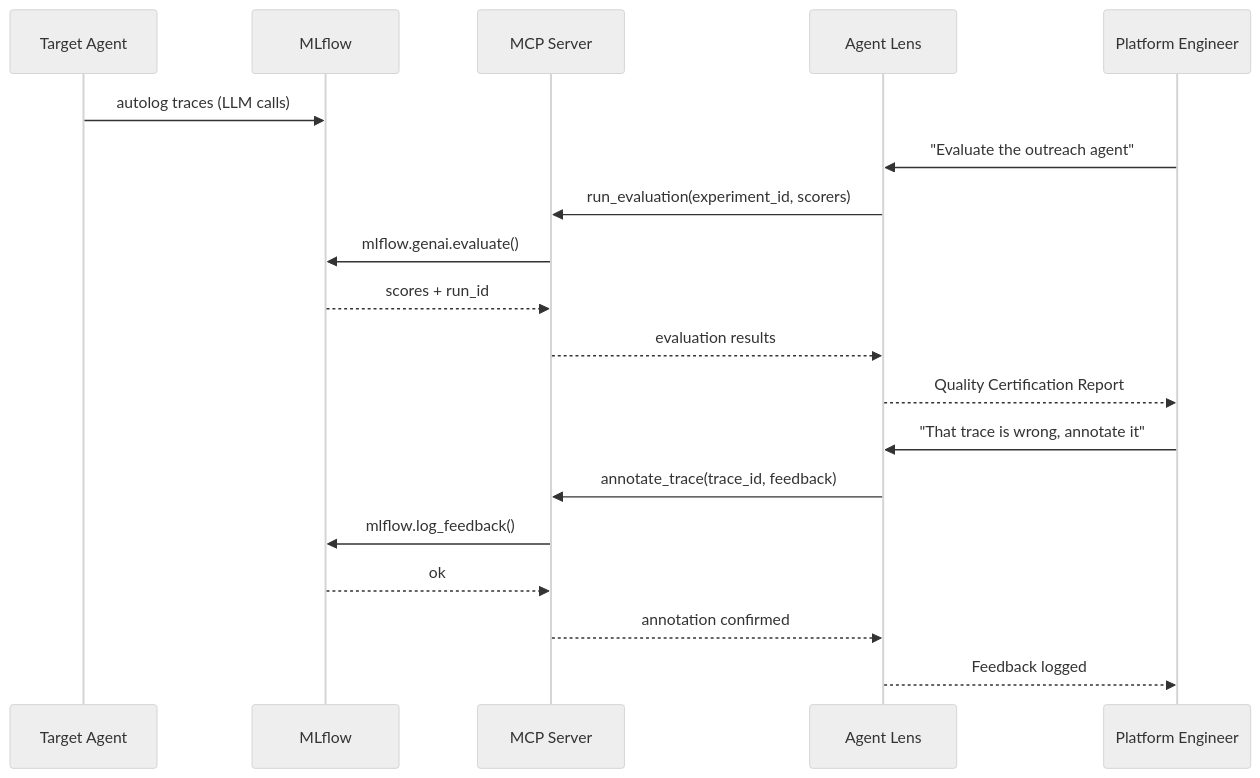
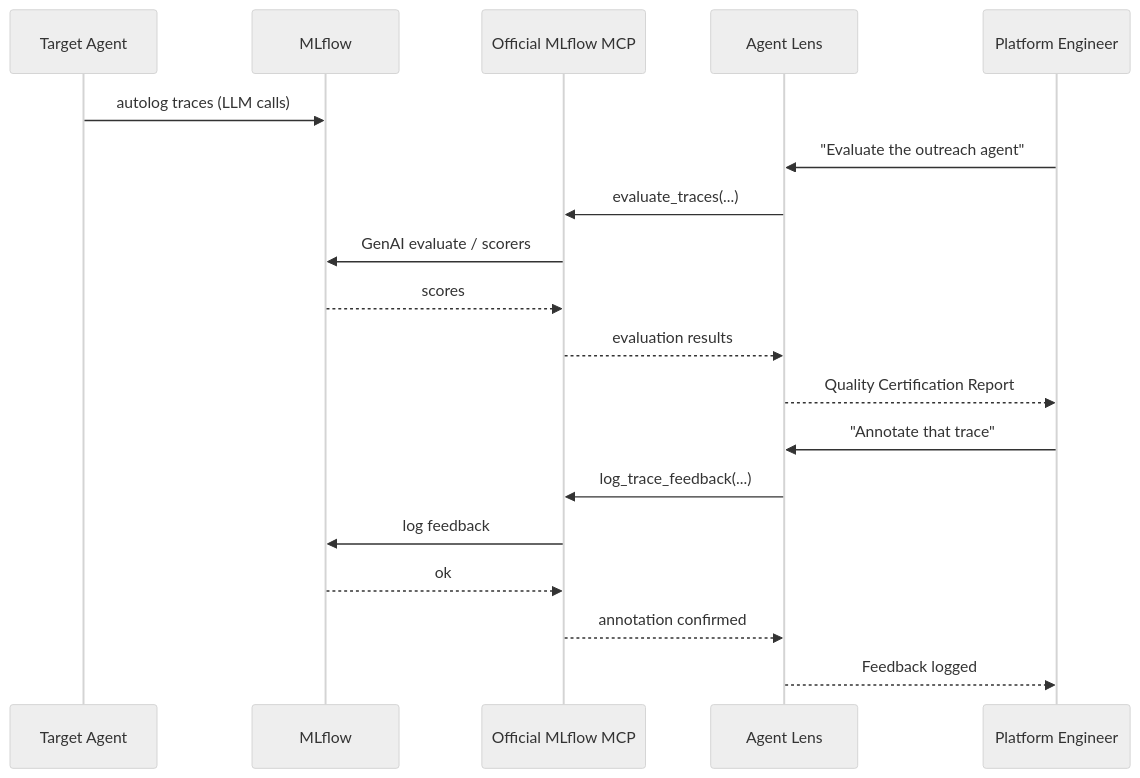
One commit to rrbanda/agent-lens changed the second of 4 diagrams in docs/architecture.md. Above: the diagram before and after it, drawn with Mermaid. The commit also changed other lines of this file and 35 other files, not shown here.

First line of the commit message:
chore: official MLflow MCP only — prune FastMCP and fix product messaging

````diff
--- a/docs/architecture.md
+++ b/docs/architecture.md
@@ -106,23 +87,23 @@
 ```mermaid
 %%{init: {'theme': 'neutral'}}%%
 sequenceDiagram
     participant T as Target Agent
     participant ML as MLflow
-    participant MCP as MCP Server
+    participant MCP as Official MLflow MCP
     participant AL as Agent Lens
     participant U as Platform Engineer
 
     T->>ML: autolog traces (LLM calls)
     U->>AL: "Evaluate the outreach agent"
-    AL->>MCP: run_evaluation(experiment_id, scorers)
-    MCP->>ML: mlflow.genai.evaluate()
-    ML-->>MCP: scores + run_id
+    AL->>MCP: evaluate_traces(...)
+    MCP->>ML: GenAI evaluate / scorers
+    ML-->>MCP: scores
     MCP-->>AL: evaluation results
     AL-->>U: Quality Certification Report
-    U->>AL: "That trace is wrong, annotate it"
-    AL->>MCP: annotate_trace(trace_id, feedback)
-    MCP->>ML: mlflow.log_feedback()
+    U->>AL: "Annotate that trace"
+    AL->>MCP: log_trace_feedback(...)
+    MCP->>ML: log feedback
     ML-->>MCP: ok
     MCP-->>AL: annotation confirmed
     AL-->>U: Feedback logged
 ```
````
